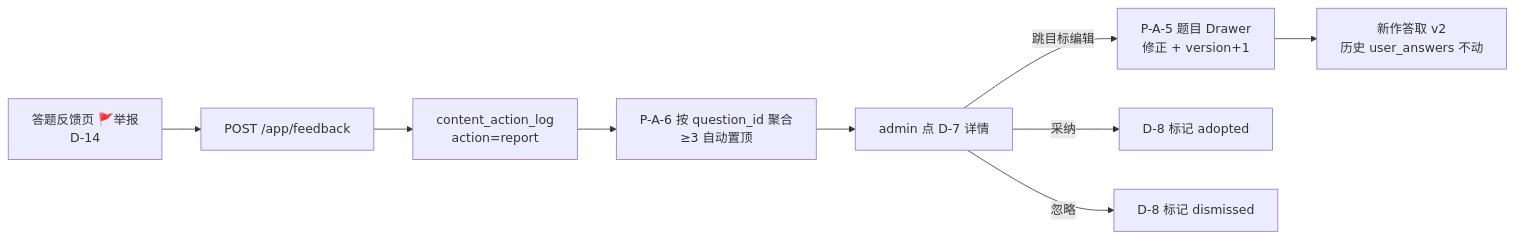
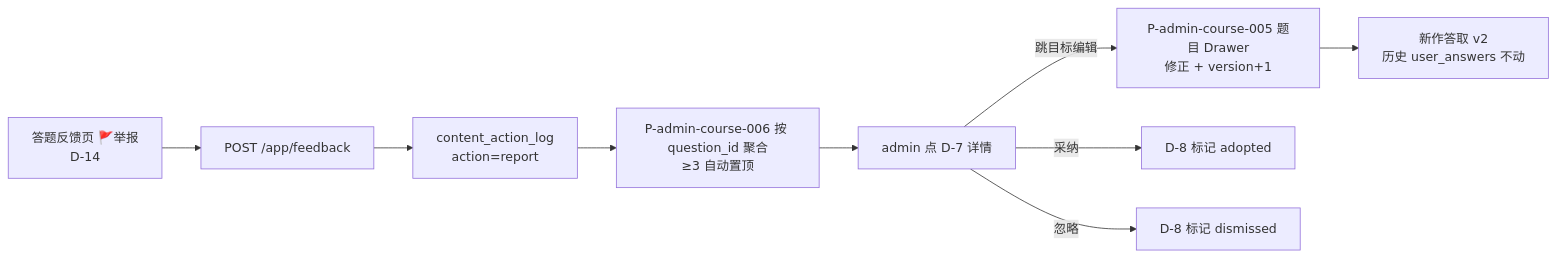
Before and after one commit to foryou2026/chinese: the fifth of 6 diagrams in docs/C01-requirements/course/flows/main-flow.md, drawn with Mermaid. The commit also changed other lines of this file and 423 other files, not shown here.

````diff
--- a/docs/C01-requirements/course/flows/main-flow.md
+++ b/docs/C01-requirements/course/flows/main-flow.md
@@ -73,11 +73,11 @@
 ```mermaid
 flowchart LR
   A[答题反馈页 🚩举报<br/>D-14] --> B[POST /app/feedback]
   B --> C[content_action_log<br/>action=report]
-  C --> D[P-A-6 按 question_id 聚合<br/>≥3 自动置顶]
+  C --> D[P-admin-course-006 按 question_id 聚合<br/>≥3 自动置顶]
   D --> E[admin 点 D-7 详情]
-  E -- 跳目标编辑 --> F[P-A-5 题目 Drawer<br/>修正 + version+1]
+  E -- 跳目标编辑 --> F[P-admin-course-005 题目 Drawer<br/>修正 + version+1]
   E -- 采纳 --> G[D-8 标记 adopted]
   E -- 忽略 --> H[D-8 标记 dismissed]
   F --> I[新作答取 v2<br/>历史 user_answers 不动]
 ```
````
